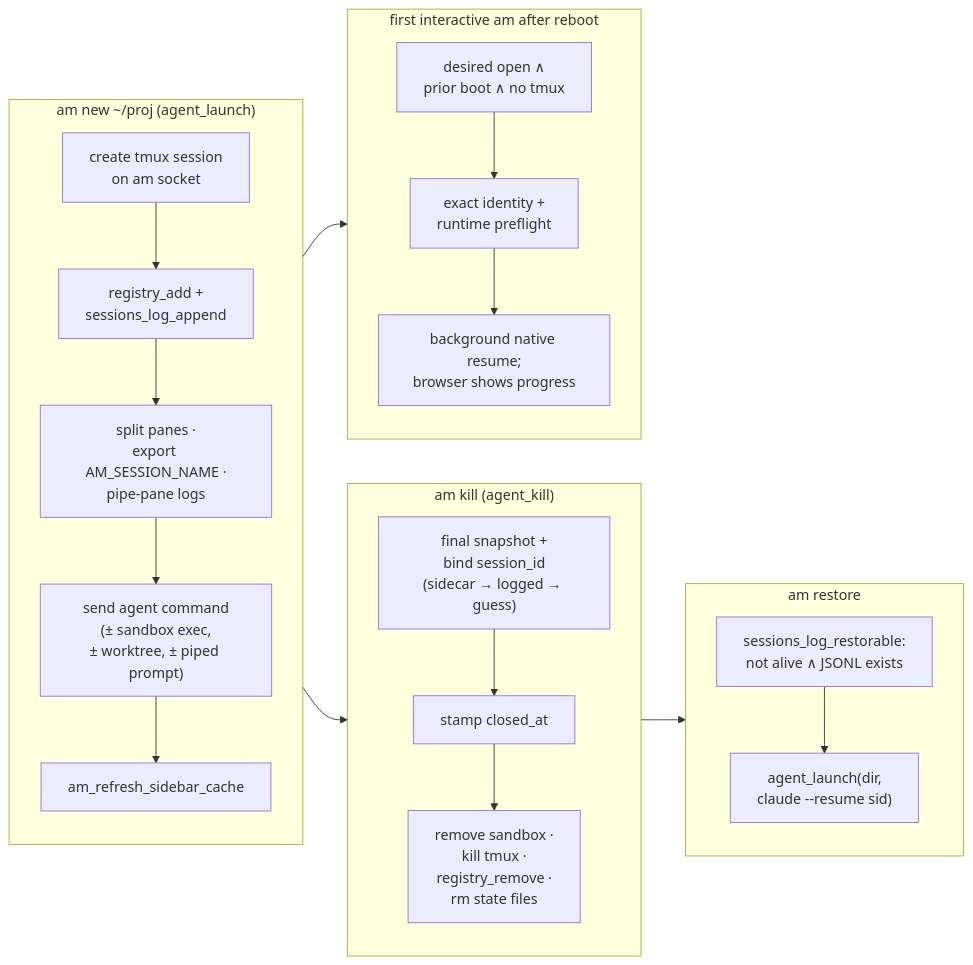
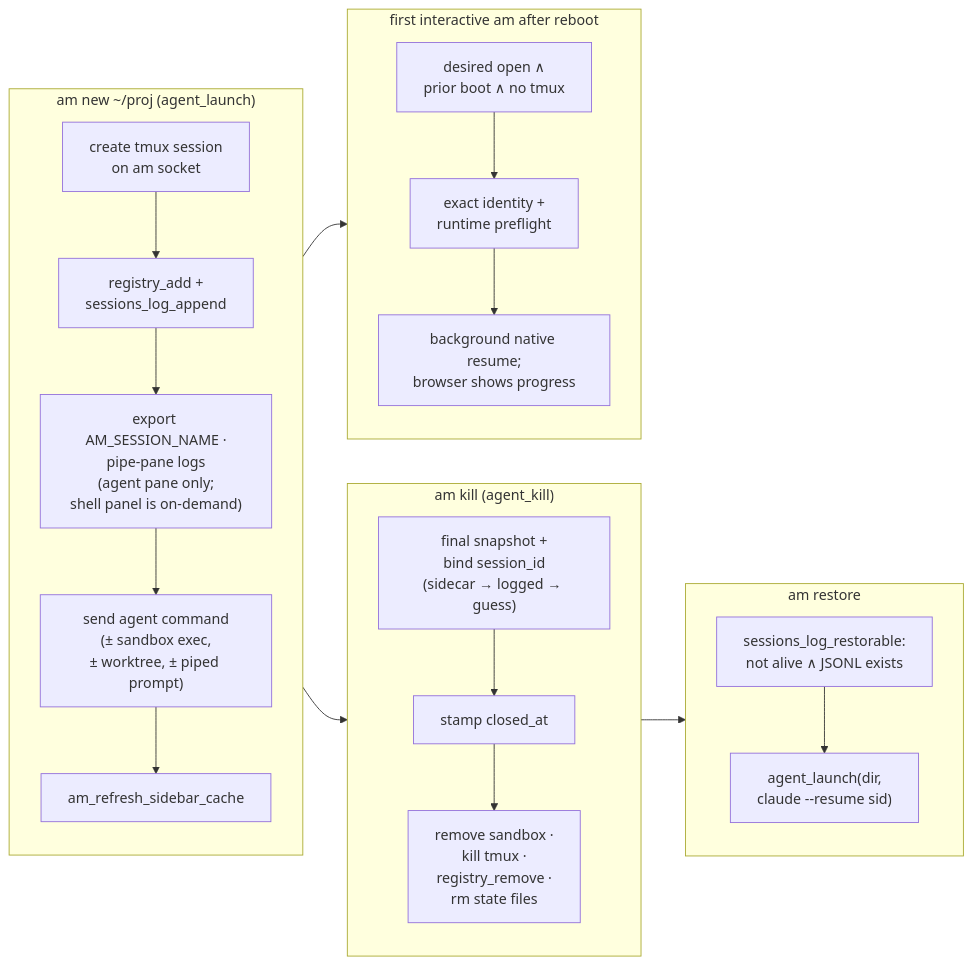
The second of 2 diagrams in docs/concepts.md (ehudt/agent-manager), drawn with Mermaid before and after one commit. The commit also changed other lines of this file and 15 other files, not shown here.

````diff
--- a/docs/concepts.md
+++ b/docs/concepts.md
@@ -136,22 +136,22 @@
 ```mermaid
 flowchart LR
     subgraph launch["am new ~/proj  (agent_launch)"]
       L1["create tmux session<br/>on am socket"] --> L2["registry_add +<br/>sessions_log_append"]
-      L2 --> L3["split panes ·<br/>export AM_SESSION_NAME ·<br/>pipe-pane logs"]
+      L2 --> L3["export AM_SESSION_NAME ·<br/>pipe-pane logs<br/>(agent pane only;<br/>shell panel is on-demand)"]
       L3 --> L4["send agent command<br/>(± sandbox exec,<br/>± worktree, ± piped prompt)"]
       L4 --> L5["am_refresh_sidebar_cache"]
     end
     subgraph kill["am kill  (agent_kill)"]
       K1["final snapshot +<br/>bind session_id<br/>(sidecar → logged → guess)"] --> K2["stamp closed_at"]
       K2 --> K3["remove sandbox ·<br/>kill tmux ·<br/>registry_remove ·<br/>rm state files"]
     end
     subgraph restore["am restore"]
       R1["sessions_log_restorable:<br/>not alive ∧ JSONL exists"] --> R2["agent_launch(dir,<br/>claude --resume sid)"]
     end
     subgraph reboot["first interactive am after reboot"]
       B1["desired open ∧<br/>prior boot ∧ no tmux"] --> B2["exact identity +<br/>runtime preflight"]
       B2 --> B3["background native resume;<br/>browser shows progress"]
     end
     launch --> kill --> restore
     launch --> reboot
 ```
````
